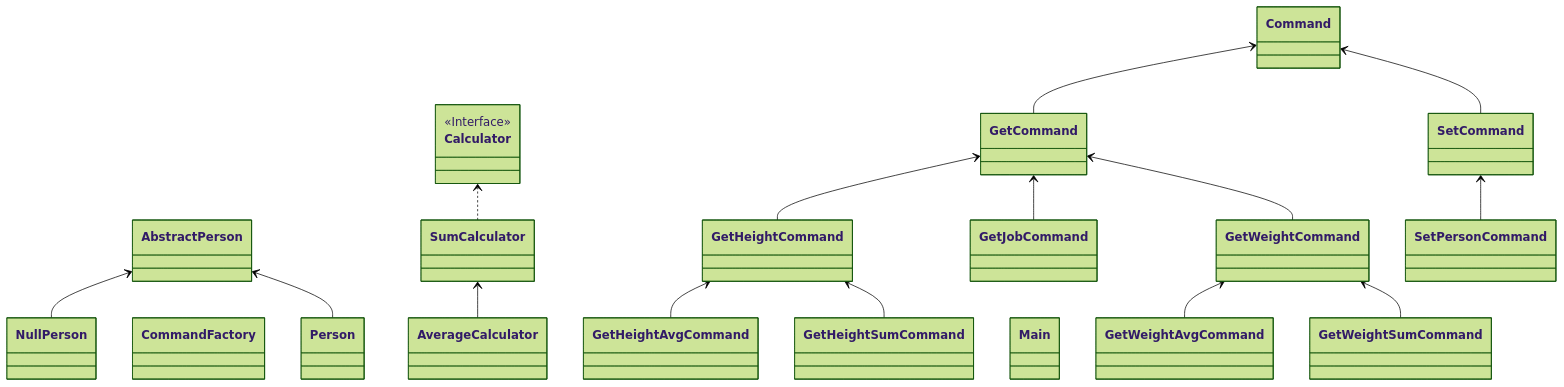
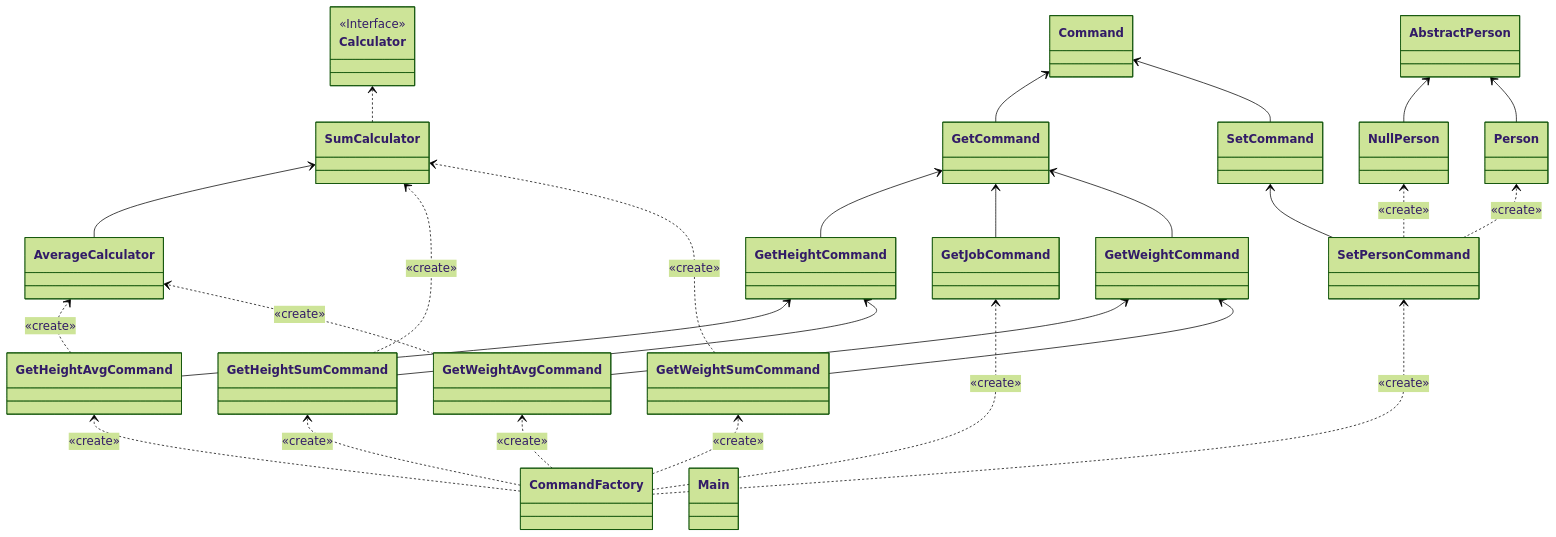
One commit to leon123858/java-exercise changed the second of 2 diagrams in pattern-null/README.md. Above: the diagram before and after it, drawn with Mermaid (forest theme). The commit also changed 19 other files, not shown here.

````diff
--- a/pattern-null/README.md
+++ b/pattern-null/README.md
@@ -103,42 +103,54 @@
 ```mermaid
 classDiagram
-direction BT
-class AbstractPerson
-class AverageCalculator
-class Calculator {
-<<Interface>>
+    direction BT
+    class AbstractPerson
+    class AverageCalculator
+    class Calculator {
+        <<Interface>>
 
-}
-class Command
-class CommandFactory
-class GetCommand
-class GetHeightAvgCommand
-class GetHeightCommand
-class GetHeightSumCommand
-class GetJobCommand
-class GetWeightAvgCommand
-class GetWeightCommand
-class GetWeightSumCommand
-class Main
-class NullPerson
-class Person
-class SetCommand
-class SetPersonCommand
-class SumCalculator
+    }
+    class Command
+    class CommandFactory
+    class GetCommand
+    class GetHeightAvgCommand
+    class GetHeightCommand
+    class GetHeightSumCommand
+    class GetJobCommand
+    class GetWeightAvgCommand
+    class GetWeightCommand
+    class GetWeightSumCommand
+    class Main
+    class NullPerson
+    class Person
+    class SetCommand
+    class SetPersonCommand
+    class SumCalculator
 
-AverageCalculator  -->  SumCalculator 
-GetCommand  -->  Command 
-GetHeightAvgCommand  -->  GetHeightCommand 
-GetHeightCommand  -->  GetCommand 
-GetHeightSumCommand  -->  GetHeightCommand 
-GetJobCommand  -->  GetCommand 
-GetWeightAvgCommand  -->  GetWeightCommand 
-GetWeightCommand  -->  GetCommand 
-GetWeightSumCommand  -->  GetWeightCommand 
-NullPerson  -->  AbstractPerson 
-Person  -->  AbstractPerson 
-SetCommand  -->  Command 
-SetPersonCommand  -->  SetCommand 
-SumCalculator  ..>  Calculator 
+    AverageCalculator  -->  SumCalculator
+    CommandFactory  ..>  GetHeightAvgCommand : «create»
+    CommandFactory  ..>  GetHeightSumCommand : «create»
+    CommandFactory  ..>  GetJobCommand : «create»
+    CommandFactory  ..>  GetWeightAvgCommand : «create»
+    CommandFactory  ..>  GetWeightSumCommand : «create»
+    CommandFactory  ..>  SetPersonCommand : «create»
+    GetCommand  -->  Command
+    GetHeightAvgCommand  ..>  AverageCalculator : «create»
+    GetHeightAvgCommand  -->  GetHeightCommand
+    GetHeightCommand  -->  GetCommand
+    GetHeightSumCommand  -->  GetHeightCommand
+    GetHeightSumCommand  ..>  SumCalculator : «create»
+    GetJobCommand  -->  GetCommand
+    GetWeightAvgCommand  ..>  AverageCalculator : «create»
+    GetWeightAvgCommand  -->  GetWeightCommand
+    GetWeightCommand  -->  GetCommand
+    GetWeightSumCommand  -->  GetWeightCommand
+    GetWeightSumCommand  ..>  SumCalculator : «create»
+    NullPerson  -->  AbstractPerson
+    Person  -->  AbstractPerson
+    SetCommand  -->  Command
+    SetPersonCommand  ..>  NullPerson : «create»
+    SetPersonCommand  ..>  Person : «create»
+    SetPersonCommand  -->  SetCommand
+    SumCalculator  ..>  Calculator
 
 ```
````
